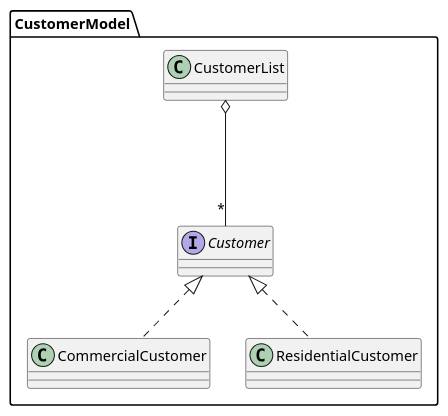
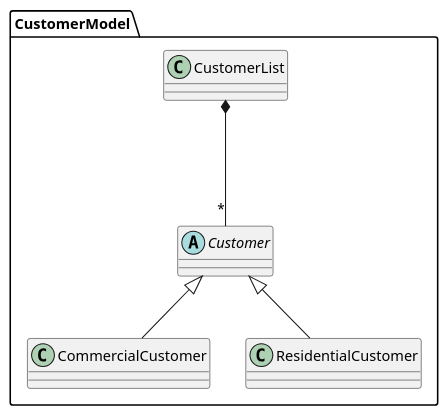
Before and after one commit to mklasby/MVC-Distributed-Inventory-Management: the diagram in UML Models/CustomerModel.md, drawn with PlantUML. The commit also changed 9 other files, not shown here.

Commit message:
final uml changes

```diff
--- a/UML Models/CustomerModel.md
+++ b/UML Models/CustomerModel.md
@@ -1,21 +1,21 @@
 @startuml
 package CustomerModel{
     class CustomerList{
 
     }
-    interface Customer{
+    abstract class Customer{
 
     }
 
-    class CommercialCustomer implements Customer{
+    class CommercialCustomer extends Customer{
 
     }
 
-    class ResidentialCustomer implements Customer{
+    class ResidentialCustomer extends Customer{
 
     }
 
-    CustomerList o--- "*" Customer
+    CustomerList *--- "*" Customer
 }
 
 @enduml
```
